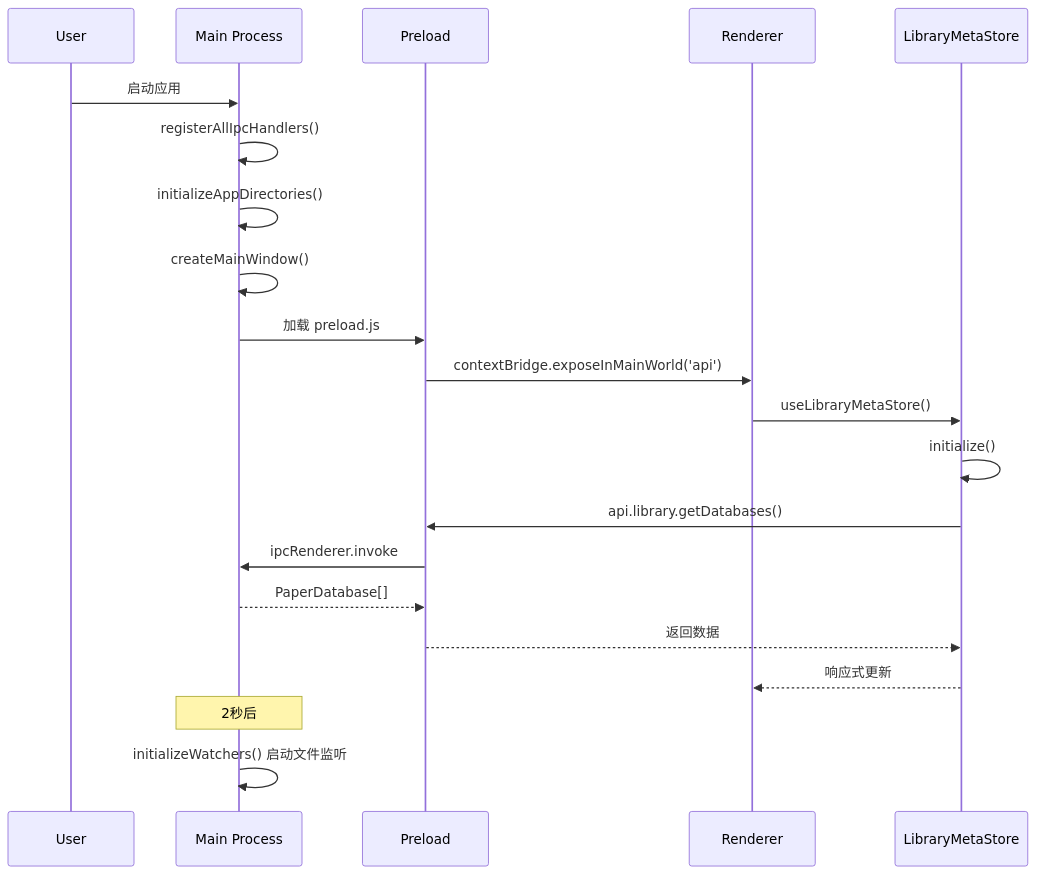
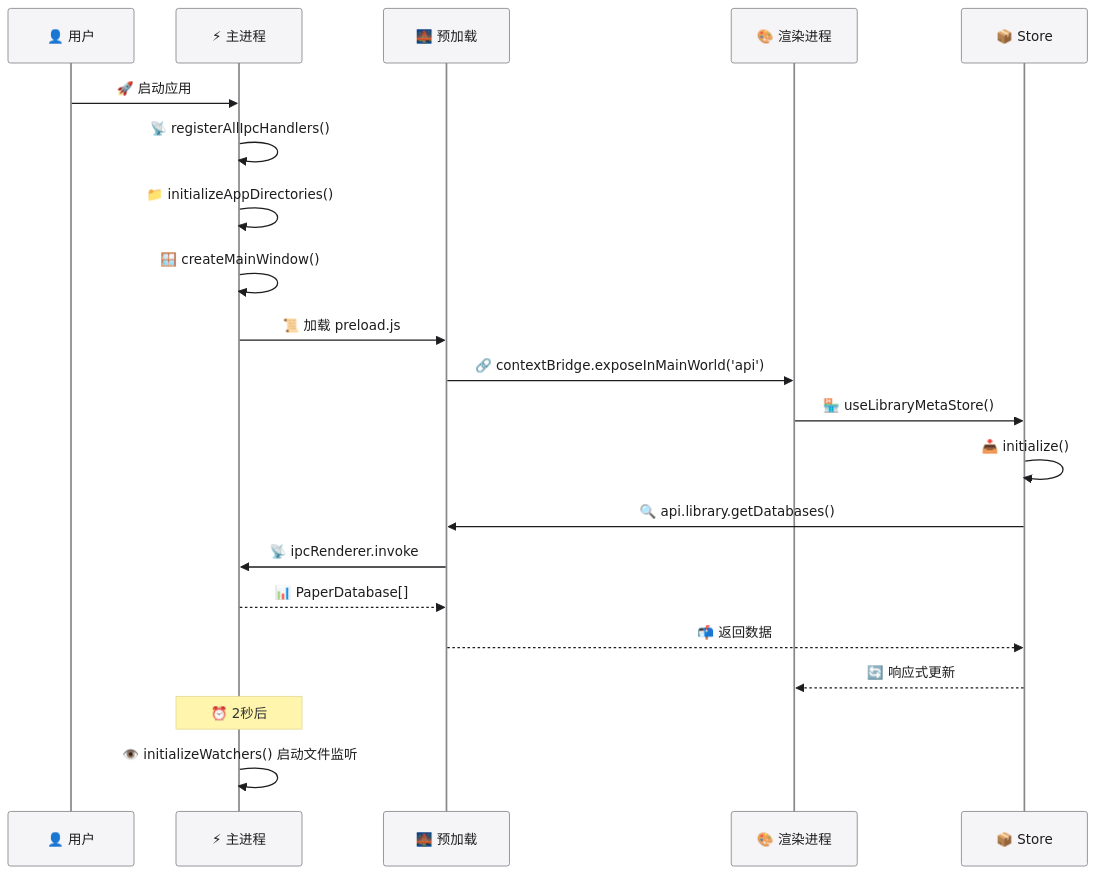
One commit to zhaowendao2005/Prisim-PaperLib---ProjectFolder changed the tenth of 13 diagrams in docs/Wiki/wiki.md. Above: the diagram before and after it, drawn with Mermaid. The commit also changed other lines of this file and 2 other files, not shown here.

````diff
--- a/docs/Wiki/wiki.md
+++ b/docs/Wiki/wiki.md
@@ -553,24 +784,25 @@
 ```mermaid
+%%{init: {'theme':'base', 'themeVariables': { 'primaryColor':'#f5f5f7','primaryTextColor':'#1d1d1f','primaryBorderColor':'#86868b','lineColor':'#0071e3','secondaryColor':'#e8f4fd','tertiaryColor':'#fff4e6','fontSize':'14px','fontFamily':'SF Pro Text, -apple-system, sans-serif'}}}%%
 sequenceDiagram
-    participant User
-    participant Main as Main Process
-    participant Preload
-    participant Renderer
-    participant Store as LibraryMetaStore
+    participant User as 👤 用户
+    participant Main as ⚡ 主进程
+    participant Preload as 🌉 预加载
+    participant Renderer as 🎨 渲染进程
+    participant Store as 📦 Store
     
-    User->>Main: 启动应用
-    Main->>Main: registerAllIpcHandlers()
-    Main->>Main: initializeAppDirectories()
-    Main->>Main: createMainWindow()
-    Main->>Preload: 加载 preload.js
-    Preload->>Renderer: contextBridge.exposeInMainWorld('api')
-    Renderer->>Store: useLibraryMetaStore()
-    Store->>Store: initialize()
-    Store->>Preload: api.library.getDatabases()
-    Preload->>Main: ipcRenderer.invoke
-    Main-->>Preload: PaperDatabase[]
-    Preload-->>Store: 返回数据
-    Store-->>Renderer: 响应式更新
-    Note over Main: 2秒后
-    Main->>Main: initializeWatchers() 启动文件监听
+    User->>Main: 🚀 启动应用
+    Main->>Main: 📡 registerAllIpcHandlers()
+    Main->>Main: 📁 initializeAppDirectories()
+    Main->>Main: 🪟 createMainWindow()
+    Main->>Preload: 📜 加载 preload.js
+    Preload->>Renderer: 🔗 contextBridge.exposeInMainWorld('api')
+    Renderer->>Store: 🏪 useLibraryMetaStore()
+    Store->>Store: 📥 initialize()
+    Store->>Preload: 🔍 api.library.getDatabases()
+    Preload->>Main: 📡 ipcRenderer.invoke
+    Main-->>Preload: 📊 PaperDatabase[]
+    Preload-->>Store: 📬 返回数据
+    Store-->>Renderer: 🔄 响应式更新
+    Note over Main: ⏰ 2秒后
+    Main->>Main: 👁️ initializeWatchers() 启动文件监听
 ```
````
